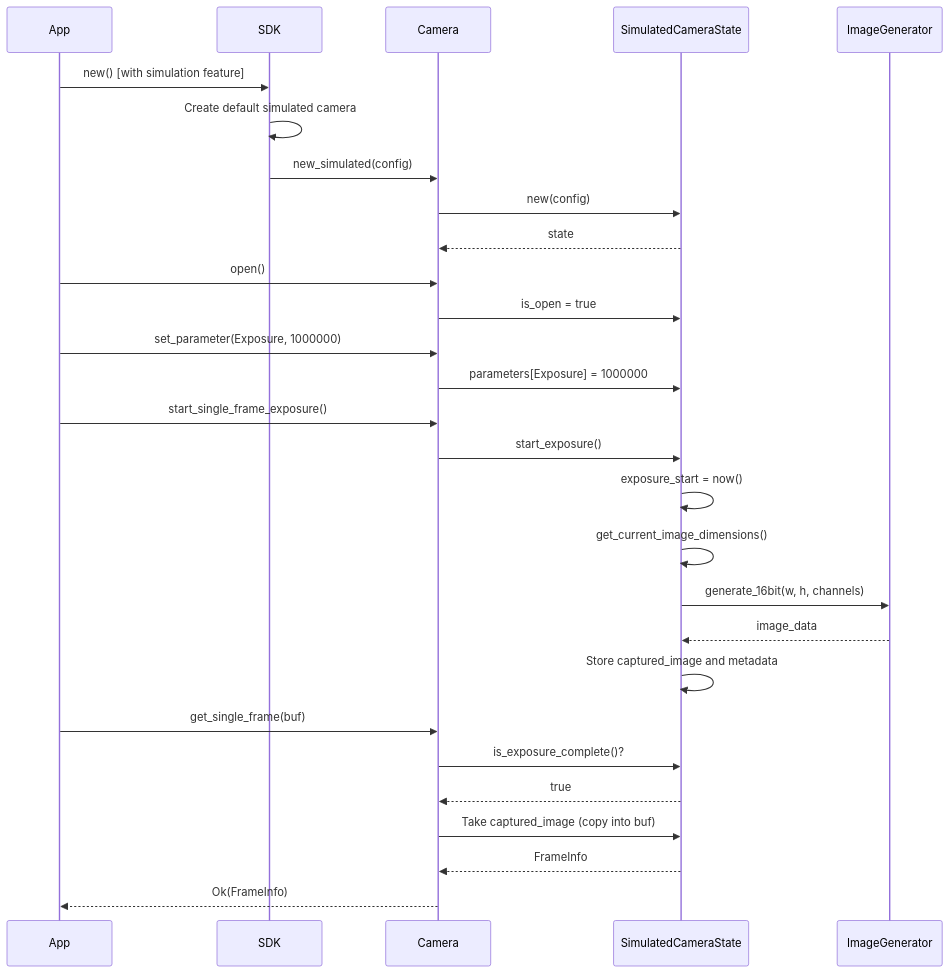
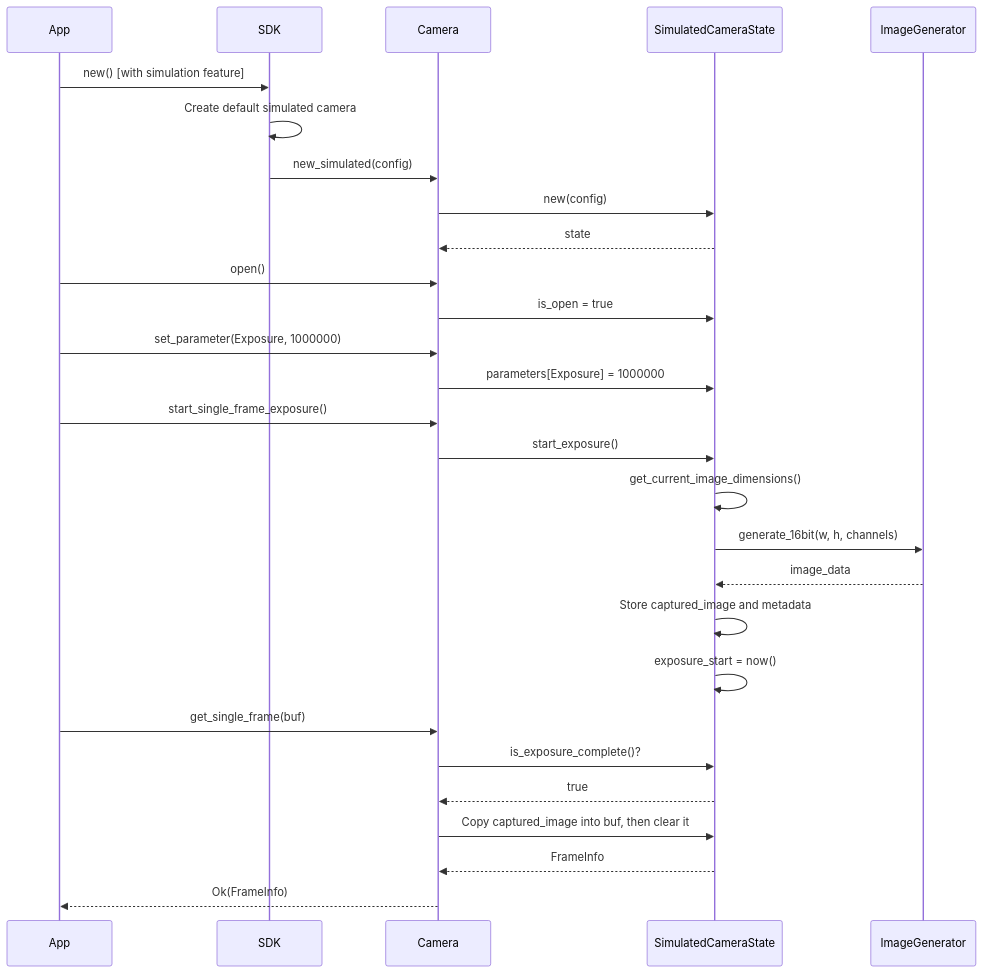
Diagram 13 of 19 in crates/qhyccd-rs/docs/qhyccd-rs.md (rusty-photon/rusty-photon), drawn with Mermaid before and after one commit. The commit also changed other lines of this file and 159 other files, not shown here.

````diff
--- a/crates/qhyccd-rs/docs/qhyccd-rs.md
+++ b/crates/qhyccd-rs/docs/qhyccd-rs.md
@@ -617,35 +621,35 @@
 ```mermaid
 sequenceDiagram
     participant App
     participant SDK
     participant Camera
     participant SimState as SimulatedCameraState
     participant ImgGen as ImageGenerator
 
     App->>SDK: new() [with simulation feature]
     SDK->>SDK: Create default simulated camera
     SDK->>Camera: new_simulated(config)
     Camera->>SimState: new(config)
     SimState-->>Camera: state
 
     App->>Camera: open()
     Camera->>SimState: is_open = true
 
     App->>Camera: set_parameter(Exposure, 1000000)
     Camera->>SimState: parameters[Exposure] = 1000000
 
     App->>Camera: start_single_frame_exposure()
     Camera->>SimState: start_exposure()
-    SimState->>SimState: exposure_start = now()
     SimState->>SimState: get_current_image_dimensions()
     SimState->>ImgGen: generate_16bit(w, h, channels)
     ImgGen-->>SimState: image_data
     SimState->>SimState: Store captured_image and metadata
+    SimState->>SimState: exposure_start = now()
 
     App->>Camera: get_single_frame(buf)
     Camera->>SimState: is_exposure_complete()?
     SimState-->>Camera: true
-    Camera->>SimState: Take captured_image (copy into buf)
+    Camera->>SimState: Copy captured_image into buf, then clear it
     SimState-->>Camera: FrameInfo
     Camera-->>App: Ok(FrameInfo)
 ```
````
